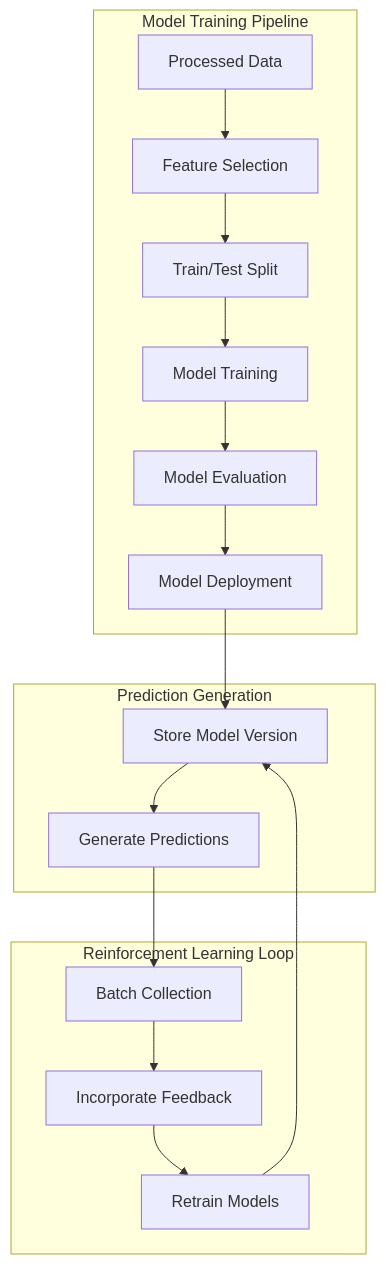
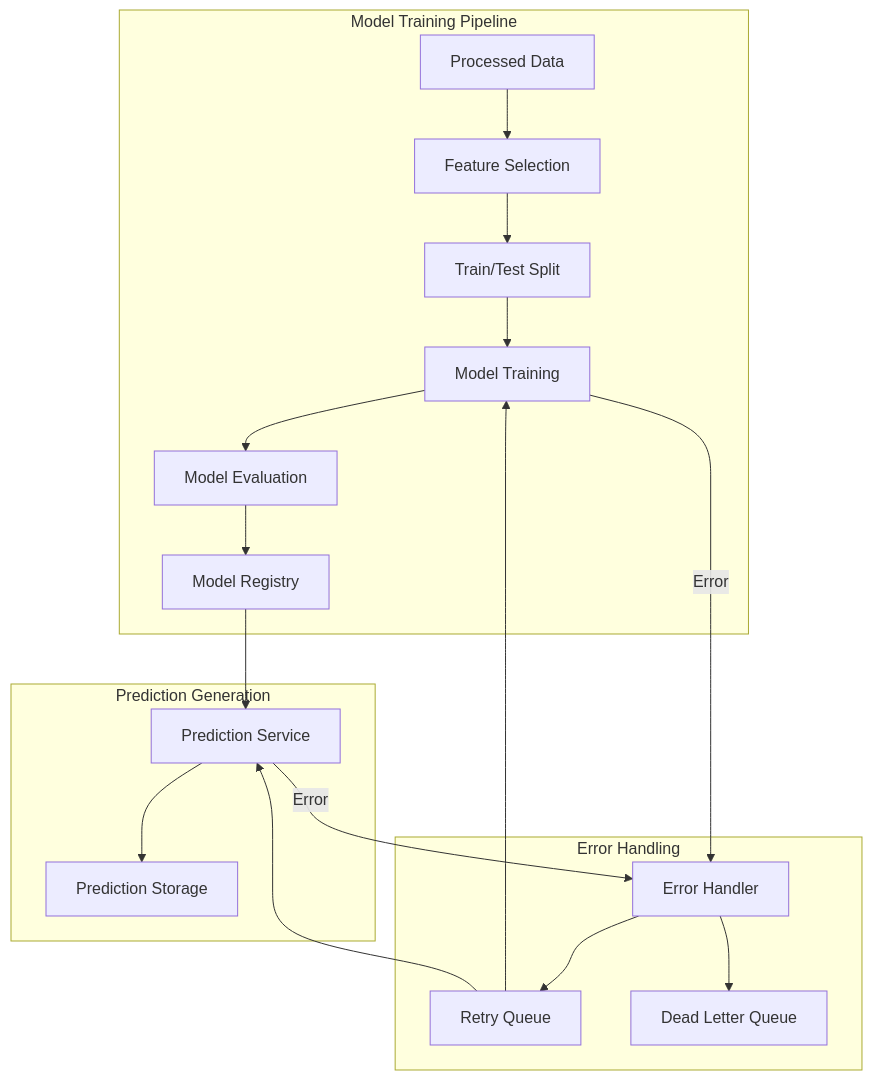
The sixth of 9 diagrams in README.md (NitishShandilya/SalesPrediction), drawn with Mermaid before and after one commit. The commit also changed other lines of this file, not shown here.

````diff
--- a/README.md
+++ b/README.md
@@ -499,35 +539,38 @@
 ```mermaid
 flowchart TD
     PD[Processed Data] --> FS[Feature Selection]
     FS --> TS[Train/Test Split]
     TS --> MT[Model Training]
     MT --> ME[Model Evaluation]
-    ME --> MD[Model Deployment]
+    ME --> MR[Model Registry]
     
-    MD --> SMV[Store Model Version]
-    SMV --> GP[Generate Predictions]
-    GP --> BC[Batch Collection]
-    BC --> IF[Incorporate Feedback]
-    IF --> RM[Retrain Models]
-    RM --> SMV
+    MR --> PS[Prediction Service]
+    PS --> PDB[Prediction Storage]
     
     subgraph "Model Training Pipeline"
         PD
         FS
         TS
         MT
         ME
-        MD
+        MR
     end
     
     subgraph "Prediction Generation"
-        SMV
-        GP
+        PS
+        PDB
     end
     
-    subgraph "Reinforcement Learning Loop"
-        BC
-        IF
-        RM
+    subgraph "Error Handling"
+        EH[Error Handler]
+        RQ[Retry Queue]
+        DLQ[Dead Letter Queue]
     end
+    
+    MT -- Error --> EH
+    PS -- Error --> EH
+    EH --> RQ
+    RQ --> MT
+    RQ --> PS
+    EH --> DLQ
 ```
````
